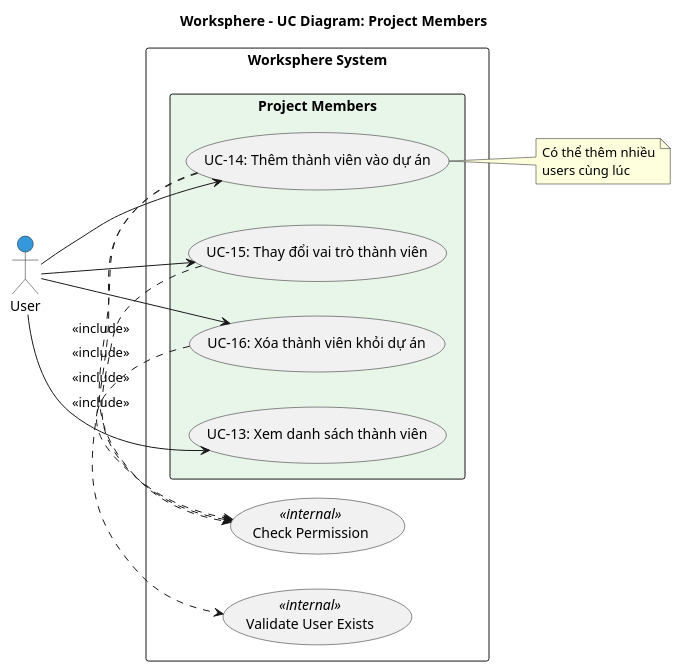
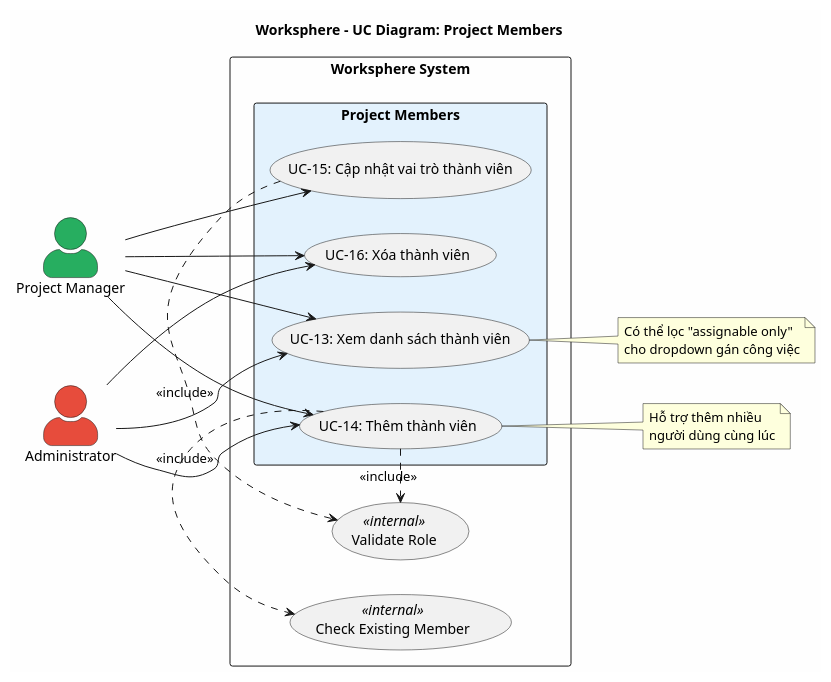
One commit to docuong039/worksphere changed the diagram in docs/usecases/04-project-members.md. Above: the diagram before and after it, drawn with PlantUML. The commit also changed other lines of this file and 44 other files, not shown here.

Commit message:
update diagram trong docs

````diff
--- a/docs/usecases/04-project-members.md
+++ b/docs/usecases/04-project-members.md
@@ -17,37 +33,48 @@
 ```plantuml
 @startuml
 left to right direction
 skinparam packageStyle rectangle
+skinparam actorStyle awesome
+skinparam backgroundColor #FEFEFE
 
 title Worksphere - UC Diagram: Project Members
 
-actor "User" as User #3498DB
+actor "Project Manager" as PM #27AE60
+actor "Administrator" as Admin #E74C3C
 
 rectangle "Worksphere System" {
-  package "Project Members" #E8F5E9 {
+  package "Project Members" #E3F2FD {
     usecase "UC-13: Xem danh sách thành viên" as UC13
-    usecase "UC-14: Thêm thành viên vào dự án" as UC14
-    usecase "UC-15: Thay đổi vai trò thành viên" as UC15
-    usecase "UC-16: Xóa thành viên khỏi dự án" as UC16
+    usecase "UC-14: Thêm thành viên" as UC14
+    usecase "UC-15: Cập nhật vai trò thành viên" as UC15
+    usecase "UC-16: Xóa thành viên" as UC16
   }
   
-  usecase "Check Permission" as UC_PERM <<internal>>
-  usecase "Validate User Exists" as UC_USER <<internal>>
+  usecase "Check Existing Member" as UC_CHK <<internal>>
+  usecase "Validate Role" as UC_ROLE <<internal>>
 }
 
-User --> UC13
-User --> UC14
-User --> UC15
-User --> UC16
+PM --> UC13
+PM --> UC14
+PM --> UC15
+PM --> UC16
 
-UC14 .> UC_PERM : <<include>>
-UC14 .> UC_USER : <<include>>
-UC15 .> UC_PERM : <<include>>
-UC16 .> UC_PERM : <<include>>
+Admin --> UC13
+Admin --> UC14
+Admin --> UC16
+
+UC14 .> UC_CHK : <<include>>
+UC14 .> UC_ROLE : <<include>>
+UC15 .> UC_ROLE : <<include>>
 
 note right of UC14
-  Có thể thêm nhiều
-  users cùng lúc
+  Hỗ trợ thêm nhiều
+  người dùng cùng lúc
+end note
+
+note right of UC13
+  Có thể lọc "assignable only"
+  cho dropdown gán công việc
 end note
 @enduml
 ```
````
